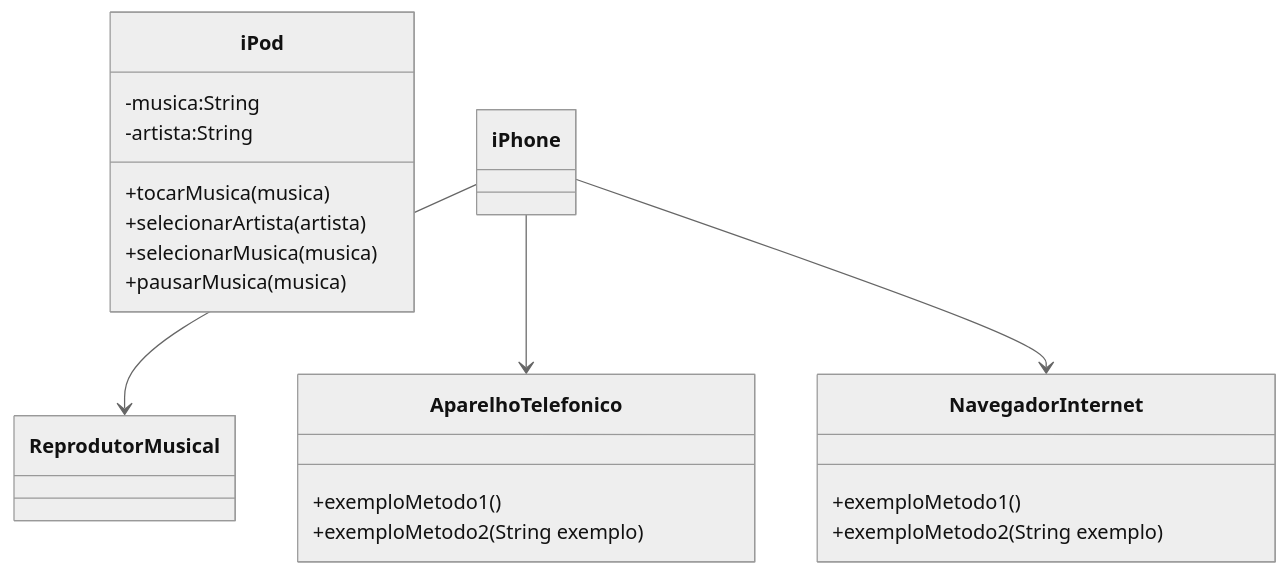
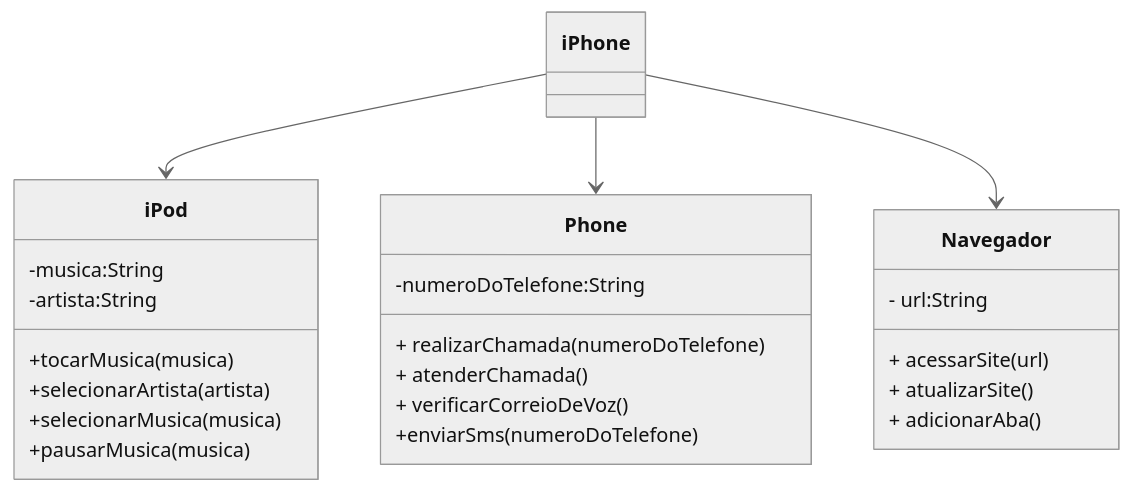
One commit to rodrigoduartesilva/desafio-diagramacao-de-classes-iphone changed the diagram in README.md. Above: the diagram before and after it, drawn with Mermaid (neutral theme).

Commit message:
docs: classes uml implementadas

````diff
--- a/README.md
+++ b/README.md
@@ -32,29 +32,36 @@
 ```mermaid
 classDiagram
     class iPod {
         -musica:String
         -artista:String
         
         +tocarMusica(musica)
         +selecionarArtista(artista)
         +selecionarMusica(musica)
         +pausarMusica(musica)
     }
 
-    class AparelhoTelefonico {
-        +exemploMetodo1()
-        +exemploMetodo2(String exemplo)
+    class Phone {
+        -numeroDoTelefone:String
+        
+        + realizarChamada(numeroDoTelefone)
+        + atenderChamada()
+        + verificarCorreioDeVoz()
+        +enviarSms(numeroDoTelefone)
     }
 
-    class NavegadorInternet {
-        +exemploMetodo1()
-        +exemploMetodo2(String exemplo)
+    class Navegador {
+        - url:String
+        
+        + acessarSite(url)
+        + atualizarSite()
+        + adicionarAba()
     }
 
     class iPhone {
     }
 
-    iPhone --> ReprodutorMusical
-    iPhone --> AparelhoTelefonico
-    iPhone --> NavegadorInternet
+    iPhone --> iPod
+    iPhone --> Phone
+    iPhone --> Navegador
 ```
````
